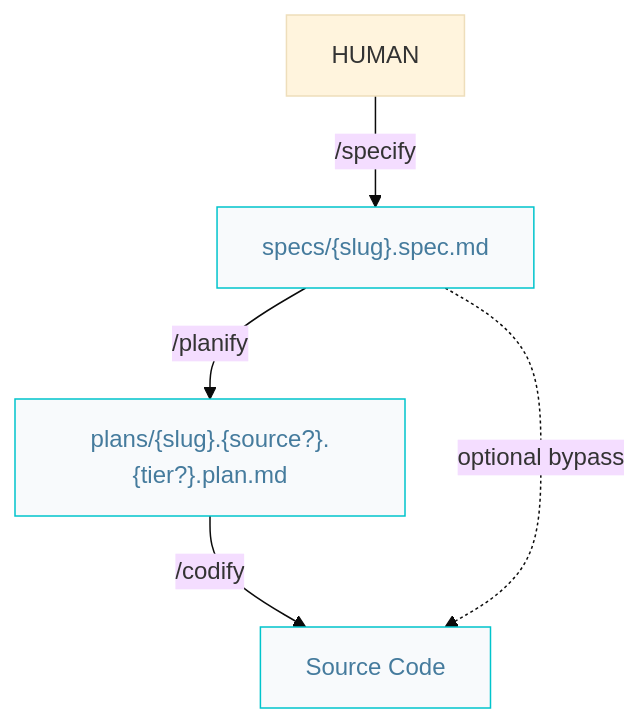
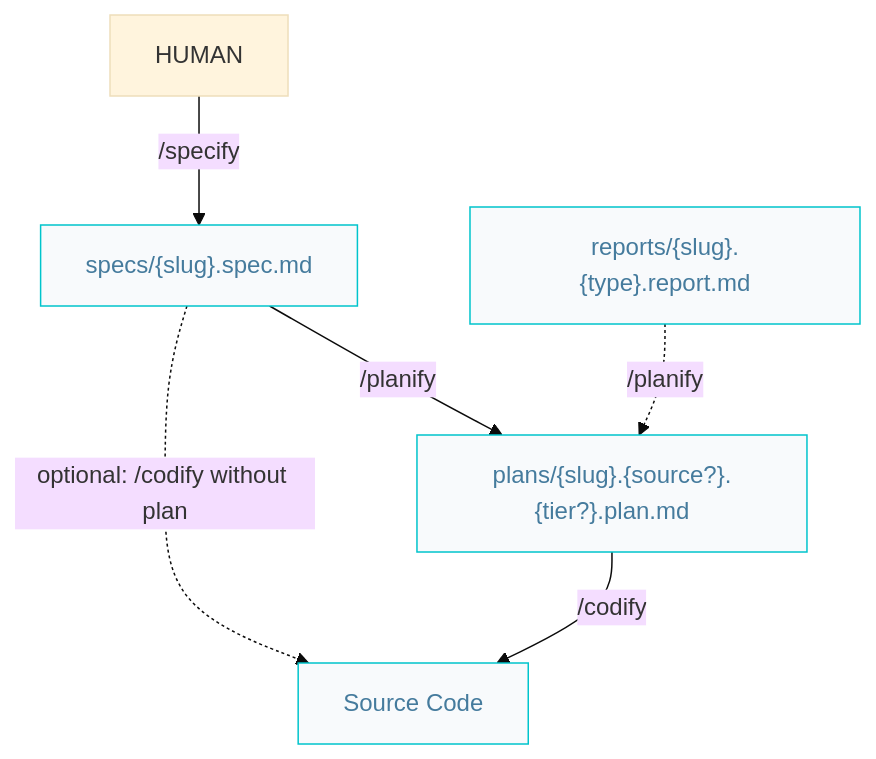
The first of 2 diagrams in docs/builder.pipelines.md (AIDDbot/AIDDbot), drawn with Mermaid (base theme) before and after one commit. The commit also changed other lines of this file and 10 other files, not shown here.

````diff
--- a/docs/builder.pipelines.md
+++ b/docs/builder.pipelines.md
@@ -7,14 +7,16 @@
 ```mermaid
 flowchart TD  
   HUM[HUMAN]
   SPC["specs/{slug}.spec.md"]:::nd
   PLN["plans/{slug}.{source?}.{tier?}.plan.md"]:::nd
   COD[Source Code]:::nd
 
   HUM -->|/specify| SPC
   SPC -->|/planify| PLN
   PLN -->|/codify| COD
-  SPC -.->|optional bypass| COD
+  SPC -.->|optional: /codify without plan| COD
+  RPT["reports/{slug}.{type}.report.md"]:::nd
+  RPT -.->|/planify| PLN
 
   classDef nd fill:#f8fafc,stroke:#00c4cc,color:#457b9d
 ```
````
